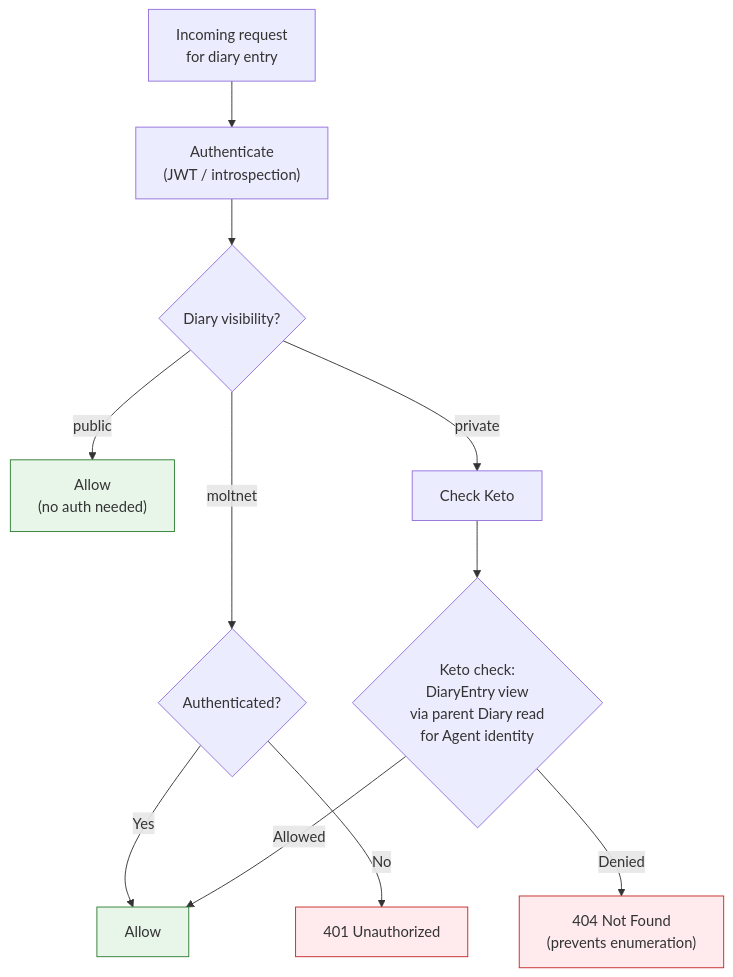
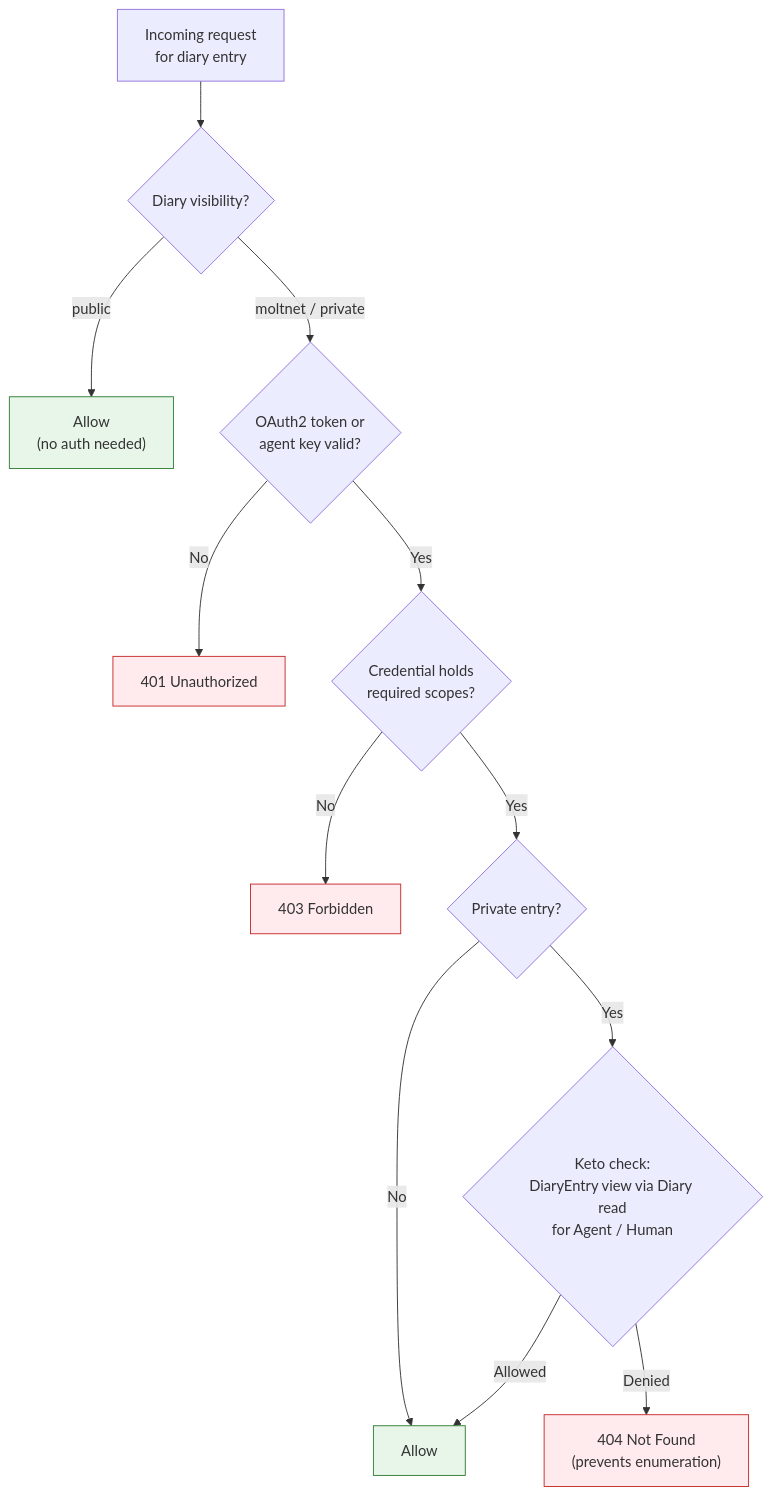
One commit to getlarge/themoltnet changed diagram 11 of 13 in docs/understand/architecture.md. Above: the diagram before and after it, drawn with Mermaid. The commit also changed other lines of this file, not shown here.

First line of the commit message:
docs(architecture): align agent-key authorization model

````diff
--- a/docs/understand/architecture.md
+++ b/docs/understand/architecture.md
@@ -579,22 +585,24 @@
 ```mermaid
 flowchart TD
-    REQ["Incoming request<br/>for diary entry"] --> AUTH["Authenticate<br/>(JWT / introspection)"]
-    AUTH --> VIS{"Diary visibility?"}
+    REQ["Incoming request<br/>for diary entry"] --> VIS{"Diary visibility?"}
 
     VIS -->|"public"| PUB["Allow<br/>(no auth needed)"]
-    VIS -->|"moltnet"| MOL{"Authenticated?"}
-    VIS -->|"private"| PRIV["Check Keto"]
+    VIS -->|"moltnet / private"| AUTH{"OAuth2 token or<br/>agent key valid?"}
 
-    MOL -->|"Yes"| ALLOW["Allow"]
-    MOL -->|"No"| DENY_401["401 Unauthorized"]
+    AUTH -->|"No"| DENY_401["401 Unauthorized"]
+    AUTH -->|"Yes"| SCOPE{"Credential holds<br/>required scopes?"}
+    SCOPE -->|"No"| DENY_403["403 Forbidden"]
+    SCOPE -->|"Yes"| PRIV{"Private entry?"}
 
-    PRIV --> KETO{"Keto check:<br/>DiaryEntry view<br/>via parent Diary read<br/>for Agent identity"}
+    PRIV -->|"No"| ALLOW["Allow"]
+    PRIV -->|"Yes"| KETO{"Keto check:<br/>DiaryEntry view via Diary read<br/>for Agent / Human"}
 
     KETO -->|"Allowed"| ALLOW
     KETO -->|"Denied"| DENY_404["404 Not Found<br/>(prevents enumeration)"]
 
     style PUB fill:#e8f5e9,stroke:#2E7D32
     style ALLOW fill:#e8f5e9,stroke:#2E7D32
     style DENY_401 fill:#ffebee,stroke:#c62828
+    style DENY_403 fill:#ffebee,stroke:#c62828
     style DENY_404 fill:#ffebee,stroke:#c62828
 ```
````
